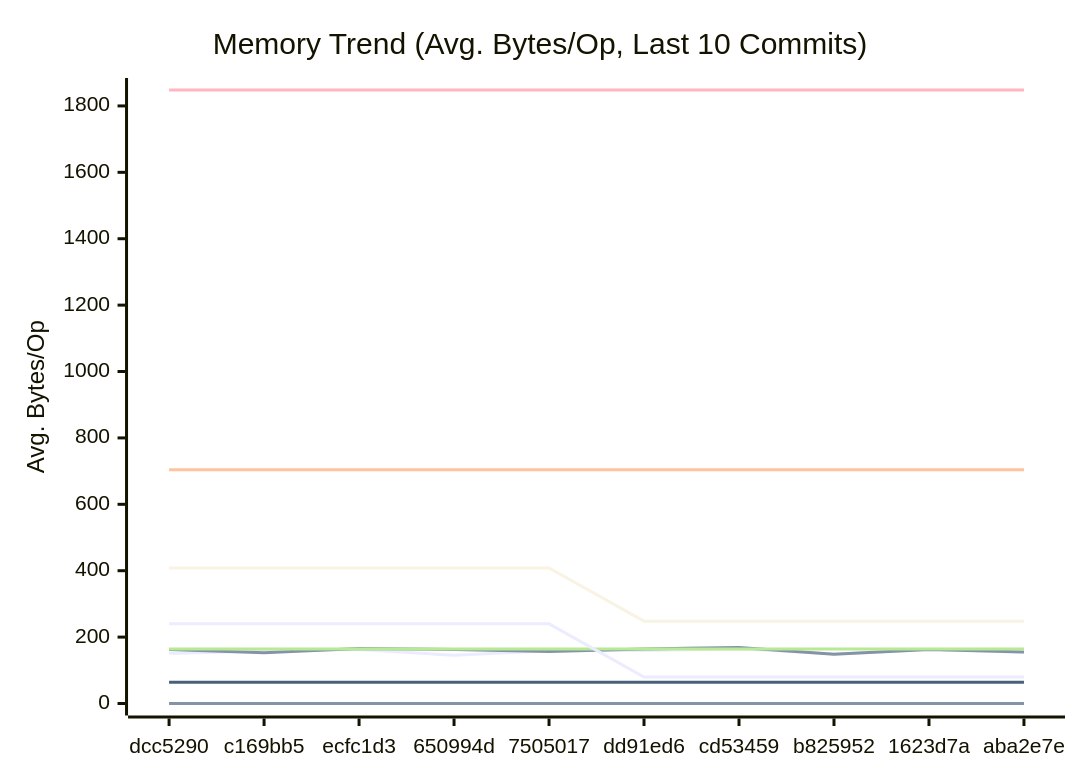
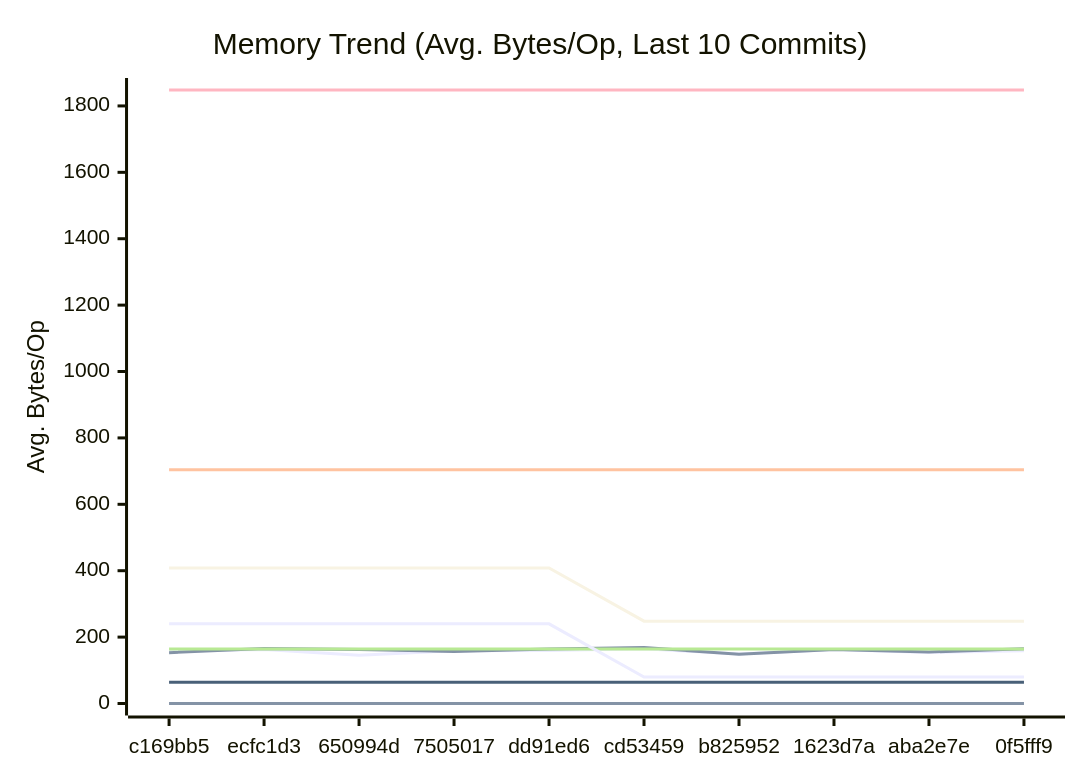
One commit to alsotoes/momo changed the second of 3 diagrams in docs/PERFORMANCE.md. Above: the diagram before and after it, drawn with Mermaid. The commit also changed other lines of this file and 3 other files, not shown here.

````diff
--- a/docs/PERFORMANCE.md
+++ b/docs/PERFORMANCE.md
@@ -171,20 +171,20 @@
 ```mermaid
 xychart-beta
     title "Memory Trend (Avg. Bytes/Op, Last 10 Commits)"
     x-axis "Commit"
     y-axis "Avg. Bytes/Op"
-    x-axis [dcc5290,c169bb5,ecfc1d3,650994d,7505017,dd91ed6,cd53459,b825952,1623d7a,aba2e7e]
-    line "AWSChunkedReaderSigned" [151,158,163,145,159,160,165,149,163,154]
-    line "AWSChunkedReaderUnsigned" [163,153,166,163,157,164,169,148,163,155]
+    x-axis [c169bb5,ecfc1d3,650994d,7505017,dd91ed6,cd53459,b825952,1623d7a,aba2e7e,0f5fff9]
+    line "AWSChunkedReaderSigned" [158,163,145,159,160,165,149,163,154,159]
+    line "AWSChunkedReaderUnsigned" [153,166,163,157,164,169,148,163,155,165]
     line "CheckMetricsAndSwap" [0,0,0,0,0,0,0,0,0,0]
     line "CrushOptimized" [0,0,0,0,0,0,0,0,0,0]
     line "CrushOriginal" [164,164,164,164,164,164,164,164,164,164]
     line "IndexDirectTracking" [0,0,0,0,0,0,0,0,0,0]
     line "IndexSearch" [0,0,0,0,0,0,0,0,0,0]
     line "LoadGlobalConfig" [1848,1848,1848,1848,1848,1848,1848,1848,1848,1848]
     line "PadString" [64,64,64,64,64,64,64,64,64,64]
     line "ParseReplicationOrder_NoPrealloc" [408,408,408,408,408,248,248,248,248,248]
     line "ParseReplicationOrder_Prealloc" [240,240,240,240,240,80,80,80,80,80]
     line "SanitizeLog/Safe" [0,0,0,0,0,0,0,0,0,0]
     line "SanitizeLog/Unsafe" [704,704,704,704,704,704,704,704,704,704]
 ```
````
